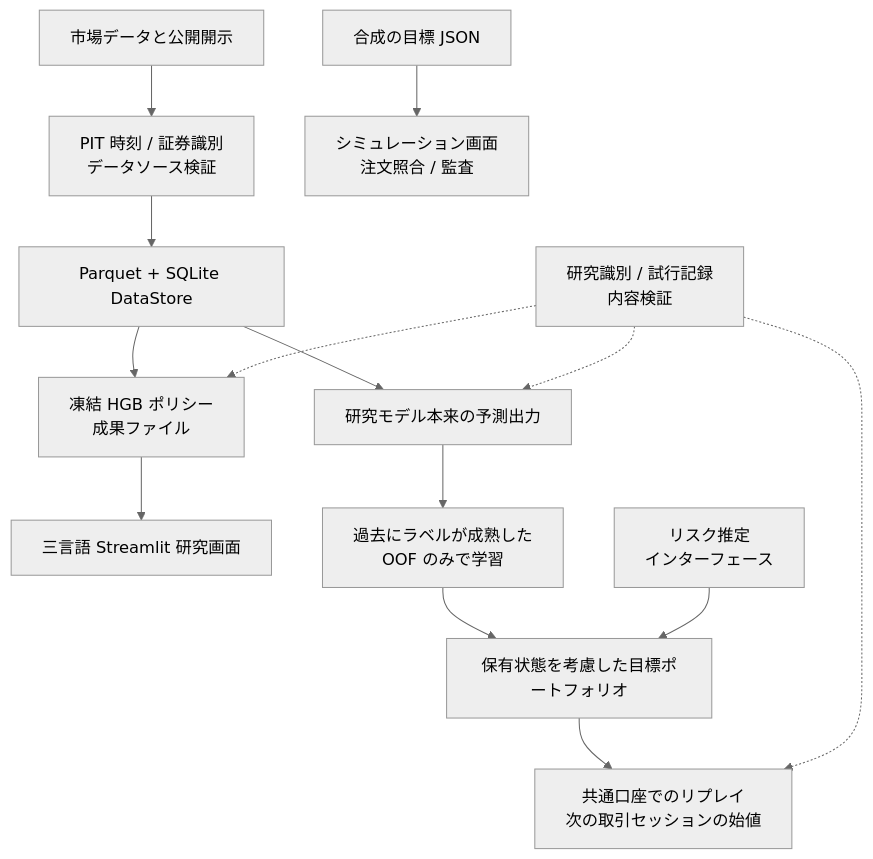
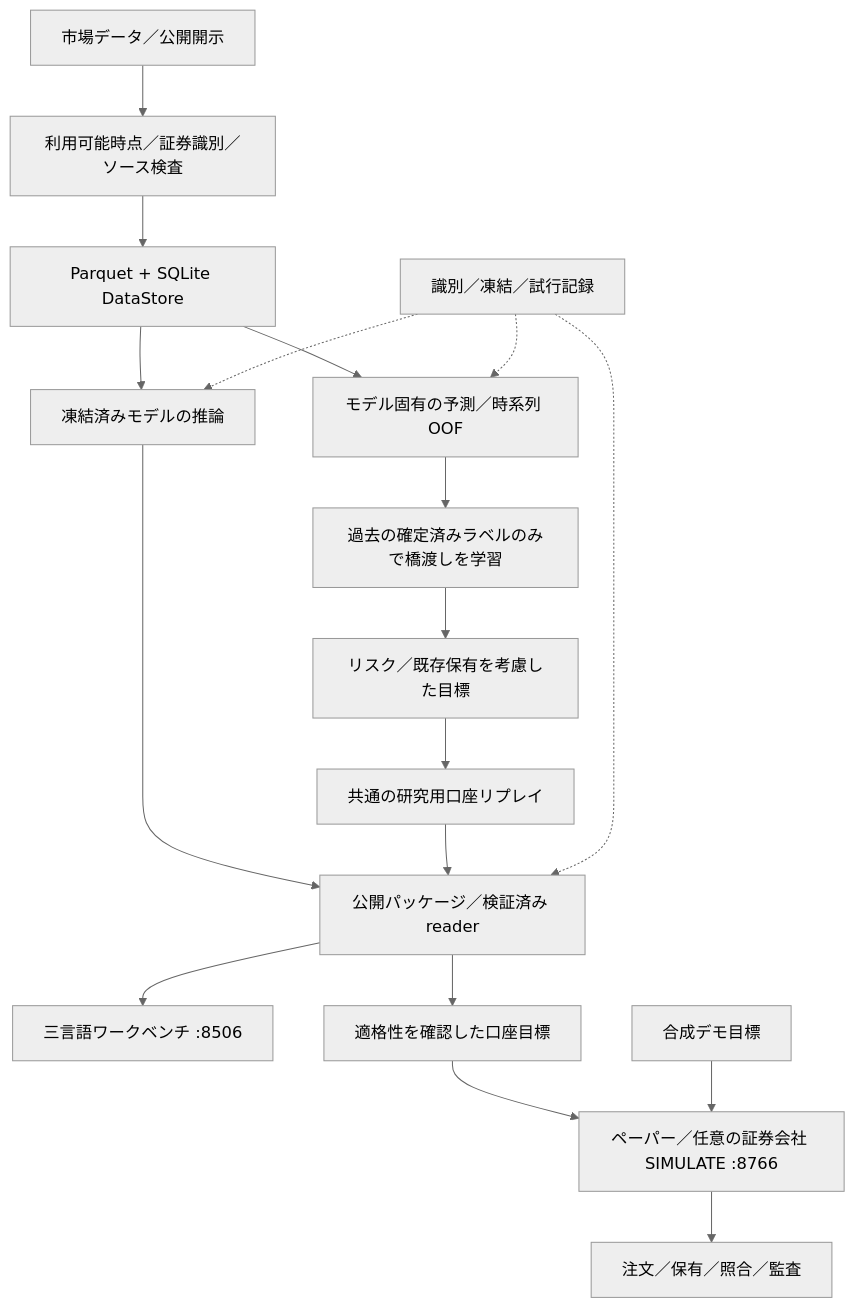
Before and after one commit to kinryukii/us-tech-quant-v21: the diagram in docs/README.ja.md, drawn with Mermaid (neutral theme). The commit also changed other lines of this file and 653 other files, not shown here.

````diff
--- a/docs/README.ja.md
+++ b/docs/README.ja.md
@@ -32,16 +28,20 @@
 ```mermaid
 flowchart TB
-    Sources[市場データと公開開示] --> PIT["PIT 時刻 / 証券識別<br/>データソース検証"]
-    PIT --> Store[Parquet + SQLite DataStore]
-    Store --> HGB["凍結 HGB ポリシー<br/>成果ファイル"]
-    HGB --> Demo[三言語 Streamlit 研究画面]
-    Store --> Forecast[研究モデル本来の予測出力]
-    Forecast --> Bridge["過去にラベルが成熟した<br/>OOF のみで学習"]
-    Bridge --> Policy[保有状態を考慮した目標ポートフォリオ]
-    Risk["リスク推定<br/>インターフェース"] --> Policy
-    Policy --> Replay["共通口座でのリプレイ<br/>次の取引セッションの始値"]
-    Registry["研究識別 / 試行記録<br/>内容検証"] -.-> HGB
-    Registry -.-> Forecast
-    Registry -.-> Replay
-    JSON[合成の目標 JSON] --> Paper["シミュレーション画面<br/>注文照合 / 監査"]
+    Sources["市場データ／公開開示"] --> PIT["利用可能時点／証券識別／ソース検査"]
+    PIT --> Store["Parquet + SQLite DataStore"]
+    Store --> Frozen["凍結済みモデルの推論"]
+    Store --> Research["モデル固有の予測／時系列 OOF"]
+    Research --> Bridge["過去の確定済みラベルのみで橋渡しを学習"]
+    Bridge --> Portfolio["リスク／既存保有を考慮した目標"]
+    Portfolio --> Replay["共通の研究用口座リプレイ"]
+    Frozen --> Published["公開パッケージ／検証済み reader"]
+    Replay --> Published
+    Published --> UI["三言語ワークベンチ :8506"]
+    Published --> Targets["適格性を確認した口座目標"]
+    Targets --> Sim["ペーパー／任意の証券会社 SIMULATE :8766"]
+    Sim --> Reconcile["注文／保有／照合／監査"]
+    Synthetic["合成デモ目標"] --> Sim
+    Registry["識別／凍結／試行記録"] -.-> Frozen
+    Registry -.-> Research
+    Registry -.-> Published
 ```
````
